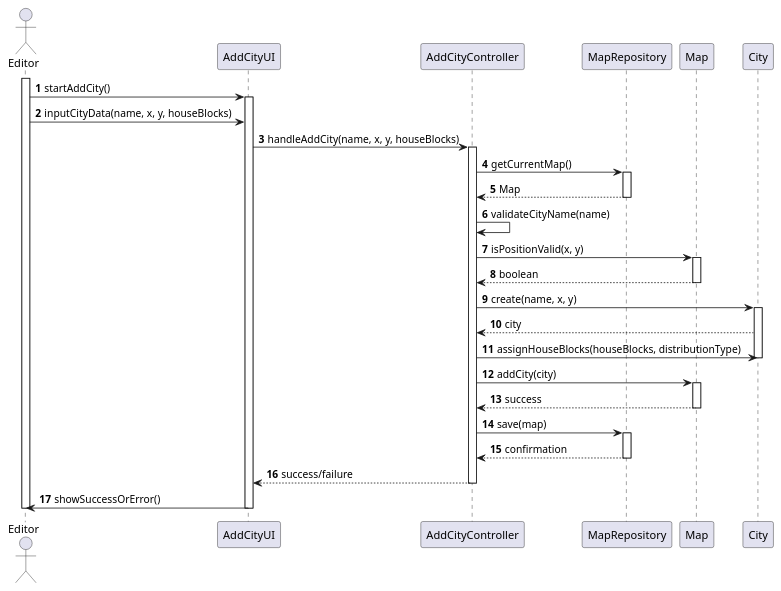
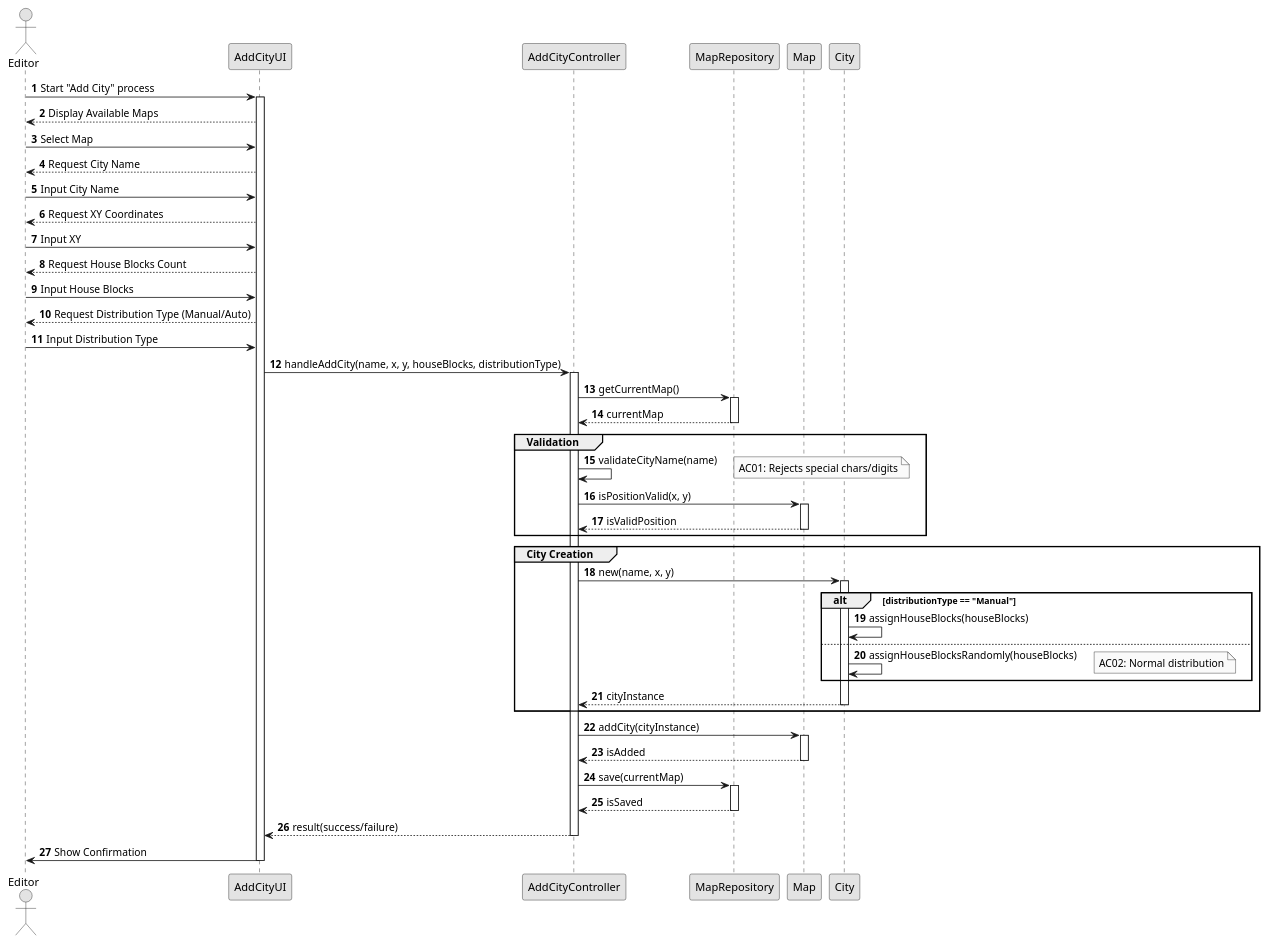
One commit to Andremonteiro1240850/railway_simulator changed the diagram in Sprint2/US03/03.design.us03/puml/US03-SD-full.puml. Above: the diagram before and after it, drawn with PlantUML. The commit also changed 19 other files, not shown here.

```diff
--- a/Sprint2/US03/03.design.us03/puml/US03-SD-full.puml
+++ b/Sprint2/US03/03.design.us03/puml/US03-SD-full.puml
@@ -1,55 +1,81 @@
 @startuml
 'https://plantuml.com/sequence-diagram
-'skinparam monochrome true
+skinparam monochrome true
 skinparam packageStyle rectangle
 skinparam shadowing false
 
+
+actor Editor
+participant "AddCityUI" as UI
+participant AddCityController
+participant MapRepository
+participant Map
+participant City
+
 autonumber
 
-'hide footbox
-actor Editor
-activate Editor
-Editor -> AddCityUI : startAddCity()
-activate AddCityUI
+Editor -> UI : Start "Add City" process
+activate UI
 
-Editor -> AddCityUI : inputCityData(name, x, y, houseBlocks)
+UI --> Editor : Display Available Maps
+Editor -> UI : Select Map
 
-AddCityUI -> AddCityController : handleAddCity(name, x, y, houseBlocks)
+UI --> Editor : Request City Name
+Editor -> UI : Input City Name
+
+UI --> Editor : Request XY Coordinates
+Editor -> UI : Input XY
+
+UI --> Editor : Request House Blocks Count
+Editor -> UI : Input House Blocks
+
+UI --> Editor : Request Distribution Type (Manual/Auto)
+Editor -> UI : Input Distribution Type
+
+UI -> AddCityController : handleAddCity(name, x, y, houseBlocks, distributionType)
 activate AddCityController
 
 AddCityController -> MapRepository : getCurrentMap()
 activate MapRepository
-MapRepository --> AddCityController : Map
+MapRepository --> AddCityController : currentMap
 deactivate MapRepository
 
-AddCityController -> AddCityController : validateCityName(name)
+group **Validation**
+  AddCityController -> AddCityController : validateCityName(name)
+  note right: AC01: Rejects special chars/digits
+  AddCityController -> Map : isPositionValid(x, y)
+  activate Map
+  Map --> AddCityController : isValidPosition
+  deactivate Map
+end group
 
-AddCityController -> Map : isPositionValid(x, y)
+group **City Creation**
+  AddCityController -> City : new(name, x, y)
+  activate City
+  alt distributionType == "Manual"
+    City -> City : assignHouseBlocks(houseBlocks)
+  else
+    City -> City : assignHouseBlocksRandomly(houseBlocks)
+    note right: AC02: Normal distribution
+  end
+  City --> AddCityController : cityInstance
+  deactivate City
+end group
+
+AddCityController -> Map : addCity(cityInstance)
 activate Map
-Map --> AddCityController : boolean
+Map --> AddCityController : isAdded
 deactivate Map
 
-AddCityController -> City : create(name, x, y)
-activate City
-City --> AddCityController : city
-
-AddCityController -> City : assignHouseBlocks(houseBlocks, distributionType)
-deactivate City
-
-AddCityController -> Map : addCity(city)
-activate Map
-Map --> AddCityController : success
-deactivate Map
-
-AddCityController -> MapRepository : save(map)
+AddCityController -> MapRepository : save(currentMap)
 activate MapRepository
-MapRepository --> AddCityController : confirmation
+MapRepository --> AddCityController : isSaved
 deactivate MapRepository
 
-AddCityController --> AddCityUI : success/failure
+AddCityController --> UI : result(success/failure)
 deactivate AddCityController
 
-AddCityUI -> Editor : showSuccessOrError()
-deactivate AddCityUI
-deactivate Editor
+UI -> Editor : Show Confirmation
+deactivate UI
+
 @enduml
```
